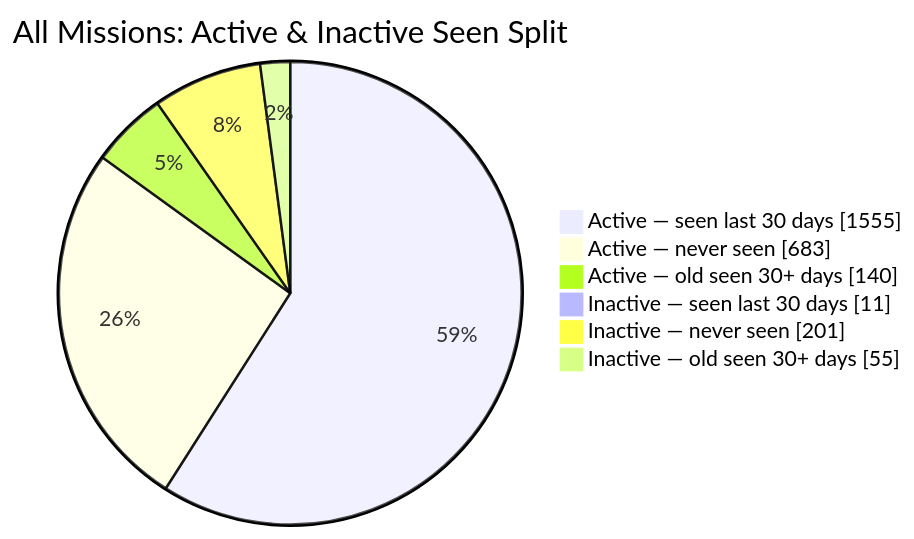
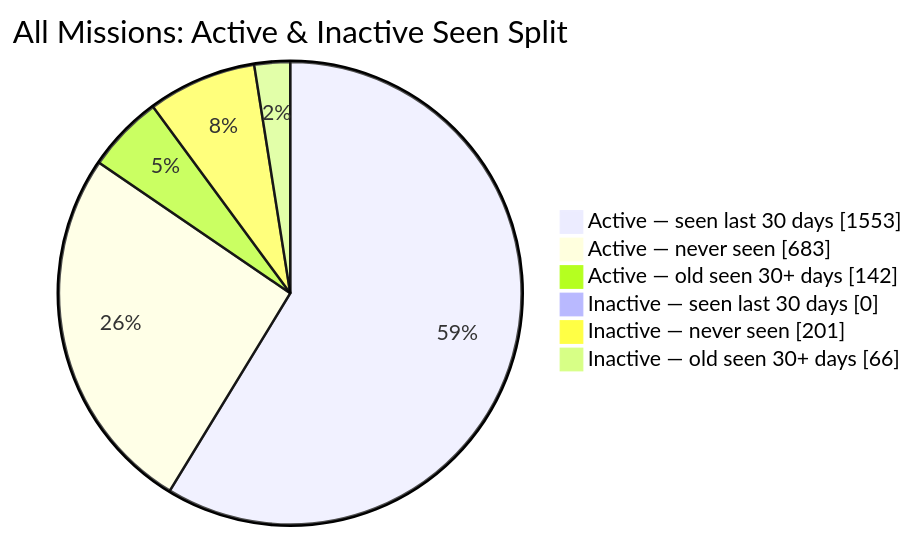
The second of 2 diagrams in README.md (MeldkamerspelGameTeam/active-missions), drawn with Mermaid before and after one commit. The commit also changed other lines of this file and 3 other files, not shown here.

````diff
--- a/README.md
+++ b/README.md
@@ -44,10 +44,10 @@
 ```mermaid
 pie showData
     title All Missions: Active & Inactive Seen Split
-    "Active — seen last 30 days" : 1555
+    "Active — seen last 30 days" : 1553
     "Active — never seen" : 683
-    "Active — old seen 30+ days" : 140
-    "Inactive — seen last 30 days" : 11
+    "Active — old seen 30+ days" : 142
+    "Inactive — seen last 30 days" : 0
     "Inactive — never seen" : 201
-    "Inactive — old seen 30+ days" : 55
+    "Inactive — old seen 30+ days" : 66
 ```
````
